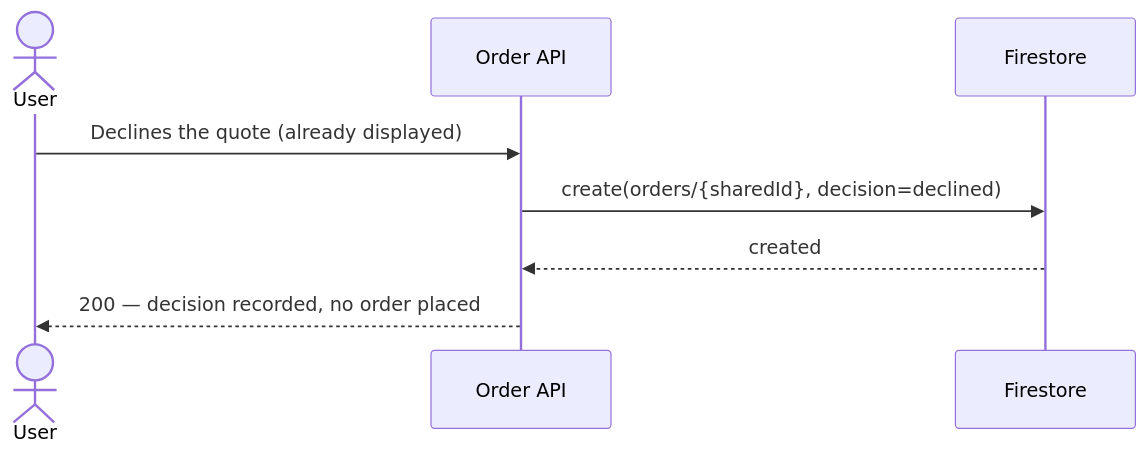
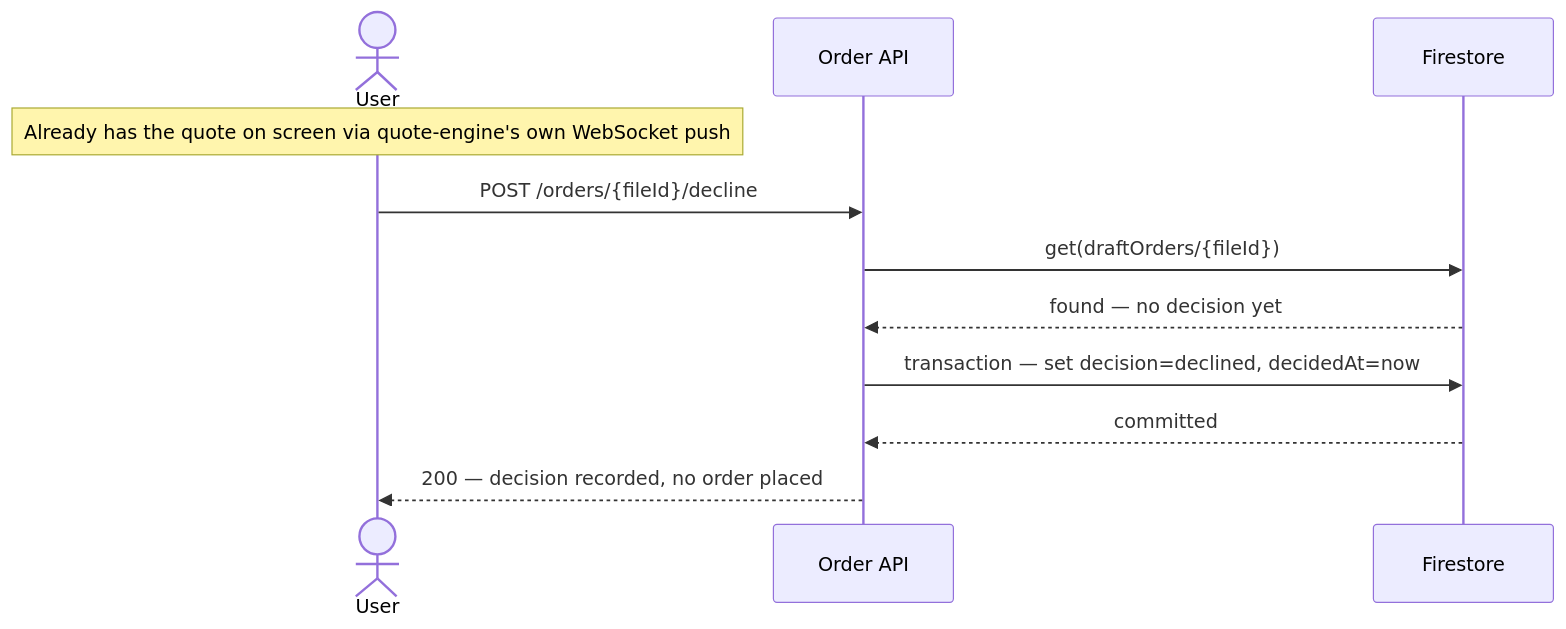
Before and after one commit to yahacom/print-marketplace: the fourth of 8 diagrams in docs/features/order-confirmation/sad.md, drawn with Mermaid. The commit also changed other lines of this file and 7 other files, not shown here.

````diff
--- a/docs/features/order-confirmation/sad.md
+++ b/docs/features/order-confirmation/sad.md
@@ -160,10 +174,13 @@
 ```mermaid
 sequenceDiagram
     actor User
     participant API as Order API
     participant FS as Firestore
-    User->>API: Declines the quote (already displayed)
-    API->>FS: create(orders/{sharedId}, decision=declined)
-    FS-->>API: created
+    Note over User: Already has the quote on screen via quote-engine's own WebSocket push
+    User->>API: POST /orders/{fileId}/decline
+    API->>FS: get(draftOrders/{fileId})
+    FS-->>API: found — no decision yet
+    API->>FS: transaction — set decision=declined, decidedAt=now
+    FS-->>API: committed
     API-->>User: 200 — decision recorded, no order placed
 ```
````
